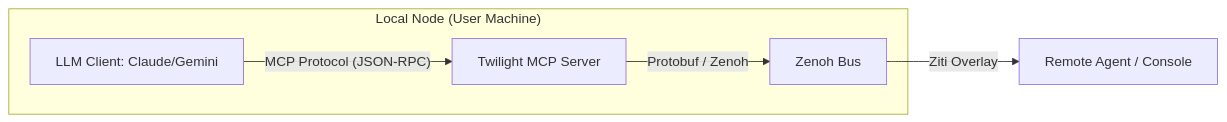
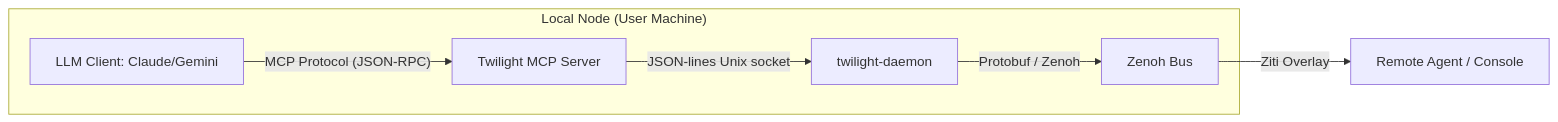
One commit to durinwinter/twilight-bark changed the diagram in docs/mcp-integration.md. Above: the diagram before and after it, drawn with Mermaid. The commit also changed other lines of this file and 10 other files, not shown here.

````diff
--- a/docs/mcp-integration.md
+++ b/docs/mcp-integration.md
@@ -8,8 +9,9 @@
 ```mermaid
 graph LR
     subgraph "Local Node (User Machine)"
         LLM[LLM Client: Claude/Gemini] -- "MCP Protocol (JSON-RPC)" --> Bridge[Twilight MCP Server]
-        Bridge -- "Protobuf / Zenoh" --> Bus[Zenoh Bus]
+        Bridge -- "JSON-lines Unix socket" --> Daemon[twilight-daemon]
+        Daemon -- "Protobuf / Zenoh" --> Bus[Zenoh Bus]
     end
     Bus -- "Ziti Overlay" --> Remote[Remote Agent / Console]
 ```
````
